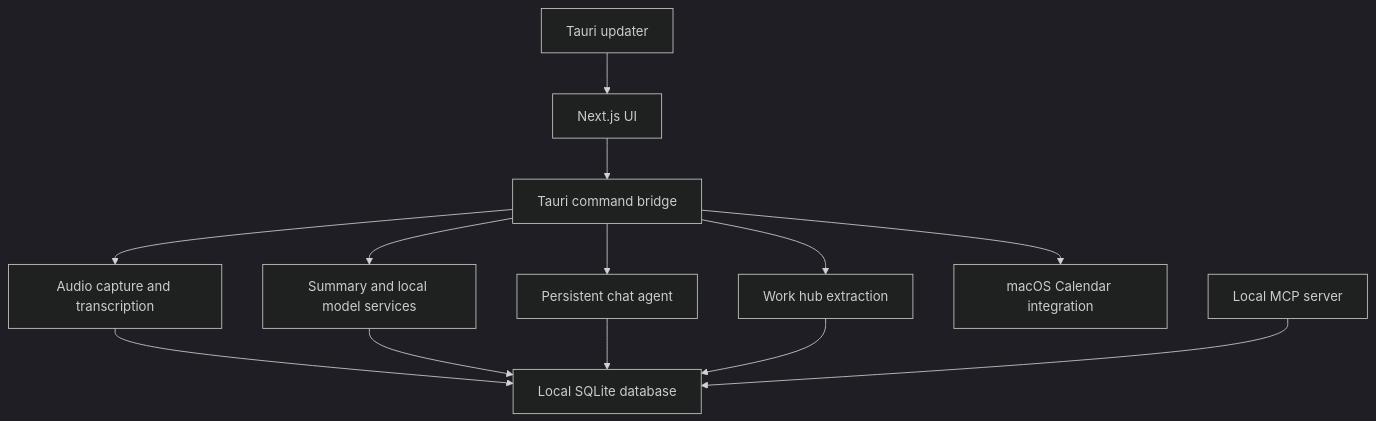
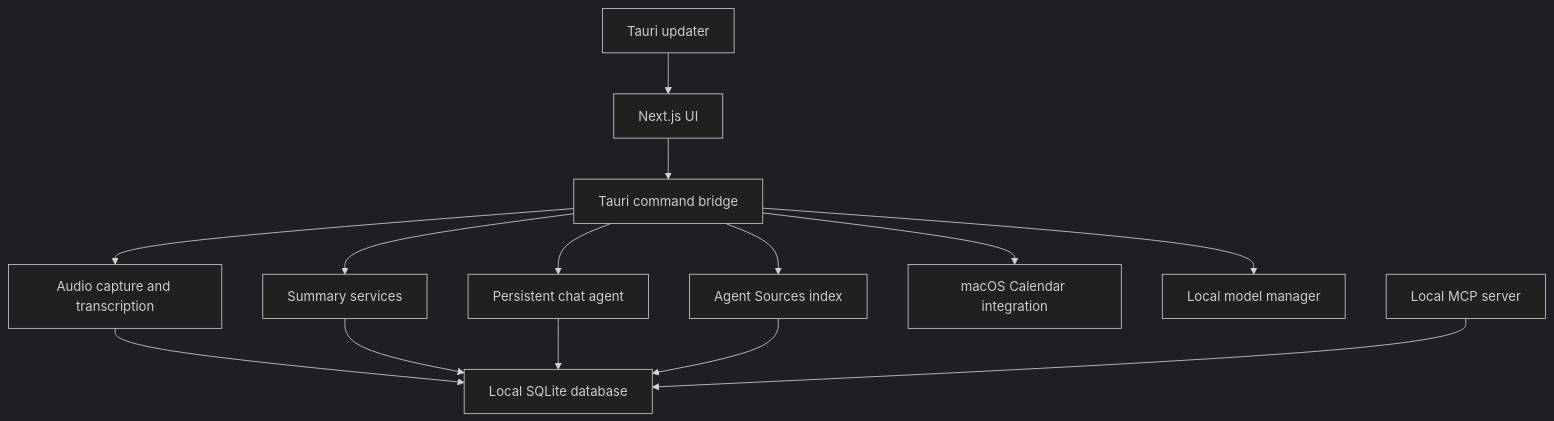
The diagram in docs/architecture.md (Reliability-Works/orxa-meetings), drawn with Mermaid (dark theme) before and after one commit. The commit also changed other lines of this file and 72 other files, not shown here.

````diff
--- a/docs/architecture.md
+++ b/docs/architecture.md
@@ -7,26 +9,28 @@
 ```mermaid
 graph TD
     UI["Next.js UI"]
     Tauri["Tauri command bridge"]
     Audio["Audio capture and transcription"]
-    Summary["Summary and local model services"]
+    Summary["Summary services"]
     Chat["Persistent chat agent"]
-    Work["Work hub extraction"]
+    Sources["Agent Sources index"]
     Calendar["macOS Calendar integration"]
+    Models["Local model manager"]
     DB["Local SQLite database"]
     MCP["Local MCP server"]
     Updater["Tauri updater"]
 
     UI --> Tauri
     Tauri --> Audio
     Tauri --> Summary
     Tauri --> Chat
-    Tauri --> Work
+    Tauri --> Sources
     Tauri --> Calendar
+    Tauri --> Models
     Audio --> DB
     Summary --> DB
     Chat --> DB
-    Work --> DB
+    Sources --> DB
     MCP --> DB
     Updater --> UI
 ```
````
